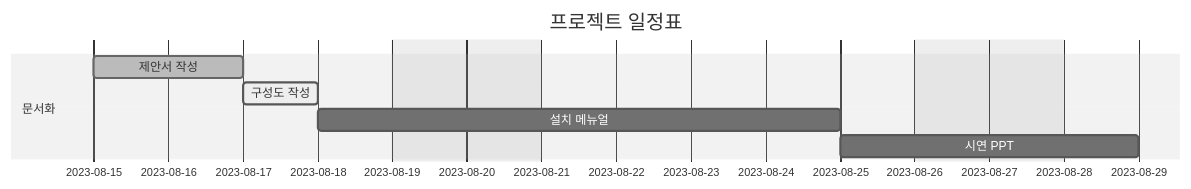
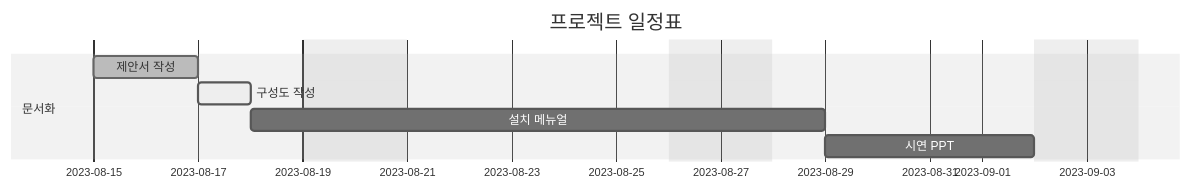
One commit to LOFL404/project1 changed the diagram in README.md. Above: the diagram before and after it, drawn with Mermaid (neutral theme).

````diff
--- a/README.md
+++ b/README.md
@@ -1,16 +1,16 @@
 ```mermaid
 gantt
     dateFormat  YYYY-MM-DD
     axisFormat  %Y-%m-%d
     title       프로젝트 일정표
     excludes    weekends saturday,sunday
     
     section 문서화
     제안서 작성     :done,    a, 2023-08-15, 2d
     구성도 작성     :active,  b, 2023-08-17, 1d
-    설치 메뉴얼     :c, after b, 5d
-    시연 PPT        :after c, 2d
+    설치 메뉴얼     :c, after b, 7d
+    시연 PPT        :after c, 4d
 
     section 구현
     
 ```
````
